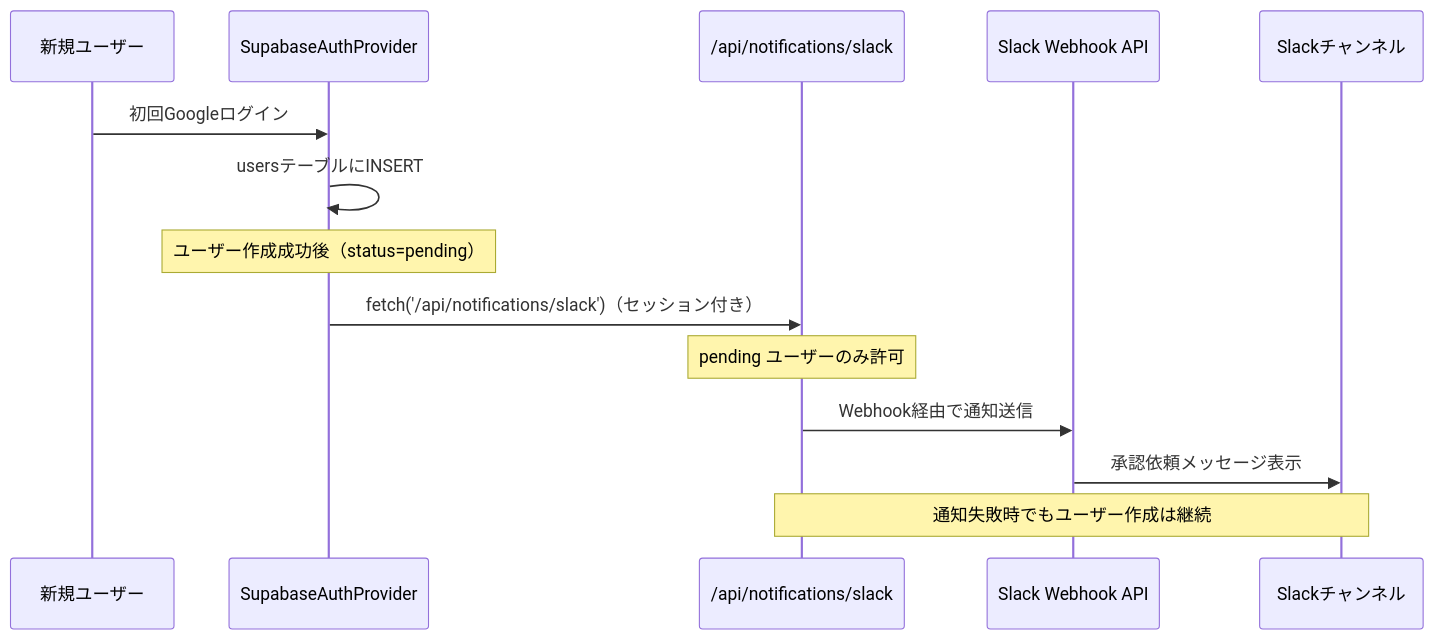
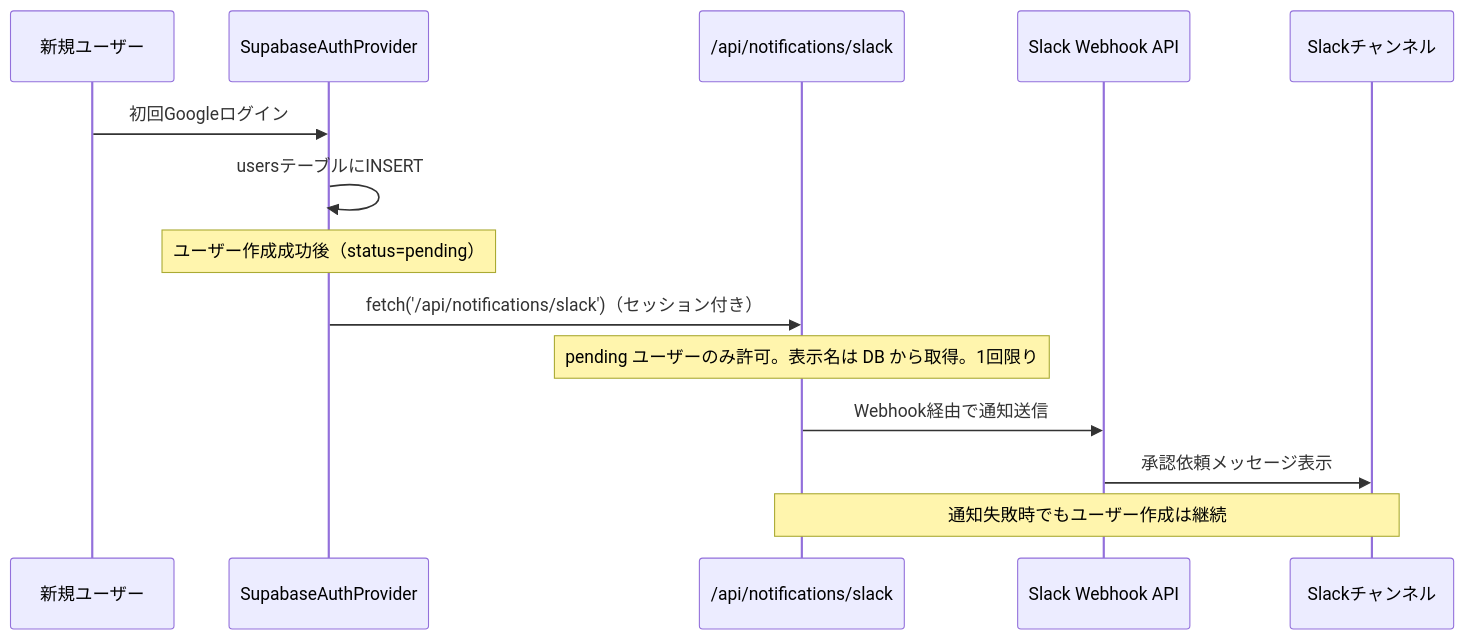
Before and after one commit to Singuralitylabs/portal-site: the third of 3 diagrams in docs/specification.md, drawn with Mermaid. The commit also changed other lines of this file and 21 other files, not shown here.

````diff
--- a/docs/specification.md
+++ b/docs/specification.md
@@ -228,17 +228,17 @@
 ```mermaid
 sequenceDiagram
     participant User as 新規ユーザー
     participant Provider as SupabaseAuthProvider
     participant API as /api/notifications/slack
     participant Slack as Slack Webhook API
     participant Channel as Slackチャンネル
 
     User->>Provider: 初回Googleログイン
     Provider->>Provider: usersテーブルにINSERT
     Note over Provider: ユーザー作成成功後（status=pending）
     Provider->>API: fetch('/api/notifications/slack')（セッション付き）
-    Note over API: pending ユーザーのみ許可
+    Note over API: pending ユーザーのみ許可。表示名は DB から取得。1回限り
     API->>Slack: Webhook経由で通知送信
     Slack->>Channel: 承認依頼メッセージ表示
     Note over API,Channel: 通知失敗時でもユーザー作成は継続
 ```
````
